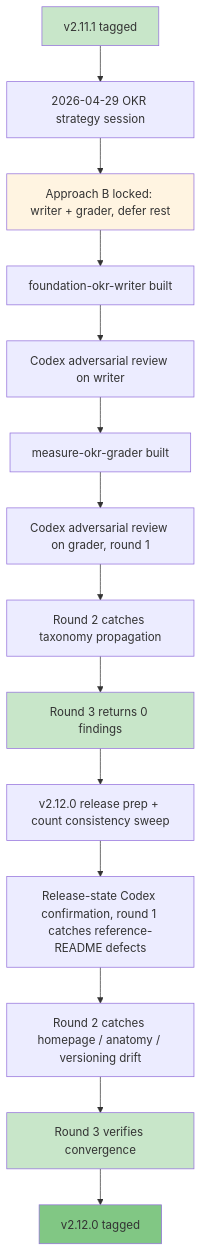
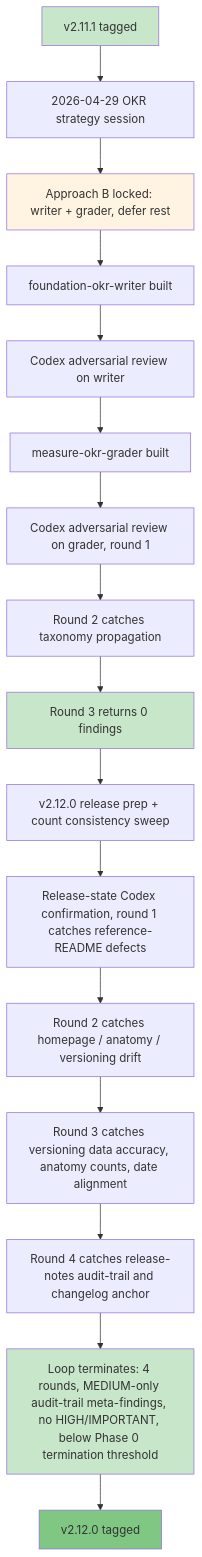
Before and after one commit to product-on-purpose/pm-skills: the diagram in docs/releases/Release_v2.12.0.md, drawn with Mermaid. The commit also changed other lines of this file and 2 other files, not shown here.

First paragraph of the commit message:
docs: round-4 codex resolution + Phase 0 loop termination
Resolves the 2 MEDIUM findings from codex round 4 confirmation review
(review-bhwb1m0pw-...). Both were audit-trail accuracy defects in the
release notes themselves, introduced by the round-3 resolution that
prematurely claimed convergence.

````diff
--- a/docs/releases/Release_v2.12.0.md
+++ b/docs/releases/Release_v2.12.0.md
@@ -36,25 +36,27 @@
 ```mermaid
 graph TD
     A[v2.11.1 tagged]
     B[2026-04-29 OKR strategy session]
     C[Approach B locked: writer + grader, defer rest]
     D[foundation-okr-writer built]
     E[Codex adversarial review on writer]
     F[measure-okr-grader built]
     G[Codex adversarial review on grader, round 1]
     H[Round 2 catches taxonomy propagation]
     I[Round 3 returns 0 findings]
     J[v2.12.0 release prep + count consistency sweep]
     L[Release-state Codex confirmation, round 1 catches reference-README defects]
     M[Round 2 catches homepage / anatomy / versioning drift]
-    N[Round 3 verifies convergence]
+    N[Round 3 catches versioning data accuracy, anatomy counts, date alignment]
+    P[Round 4 catches release-notes audit-trail and changelog anchor]
+    Q[Loop terminates: 4 rounds, MEDIUM-only audit-trail meta-findings, no HIGH/IMPORTANT, below Phase 0 termination threshold]
     O[v2.12.0 tagged]
 
-    A --> B --> C --> D --> E --> F --> G --> H --> I --> J --> L --> M --> N --> O
+    A --> B --> C --> D --> E --> F --> G --> H --> I --> J --> L --> M --> N --> P --> Q --> O
 
     style A fill:#c8e6c9
     style C fill:#fff4e1
     style I fill:#c8e6c9
-    style N fill:#c8e6c9
+    style Q fill:#c8e6c9
     style O fill:#81c784
 ```
````
